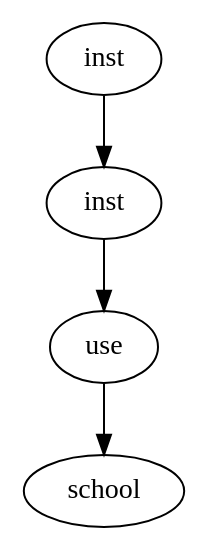
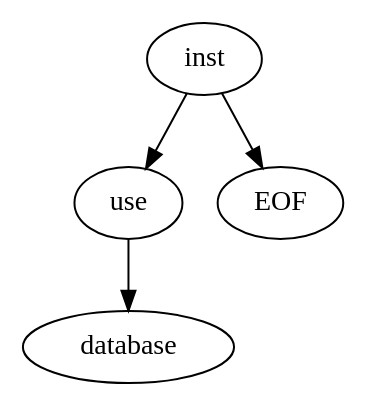
One commit to Diego180499/PROYECTO-OLC2-XSQL changed the diagram in Compi2Python/ast.dot. Above: the diagram before and after it, drawn with Graphviz. The commit also changed 126 other files, not shown here.

```diff
--- a/Compi2Python/ast.dot
+++ b/Compi2Python/ast.dot
@@ -1,9 +1,9 @@
 digraph AST{
 node0 [label="inst" shape="oval", color="black"];
-node1 [label="inst" shape="oval", color="black"];
-node2 [label="use" shape="oval", color="black"];
-node3 [label="school" shape="oval", color="black"];
+node1 [label="use" shape="oval", color="black"];
+node2 [label="database" shape="oval", color="black"];
+node3 [label="EOF" shape="oval", color="black"];
 node0 -> node1;
 node1 -> node2;
-node2 -> node3;
+node0 -> node3;
 }
```
